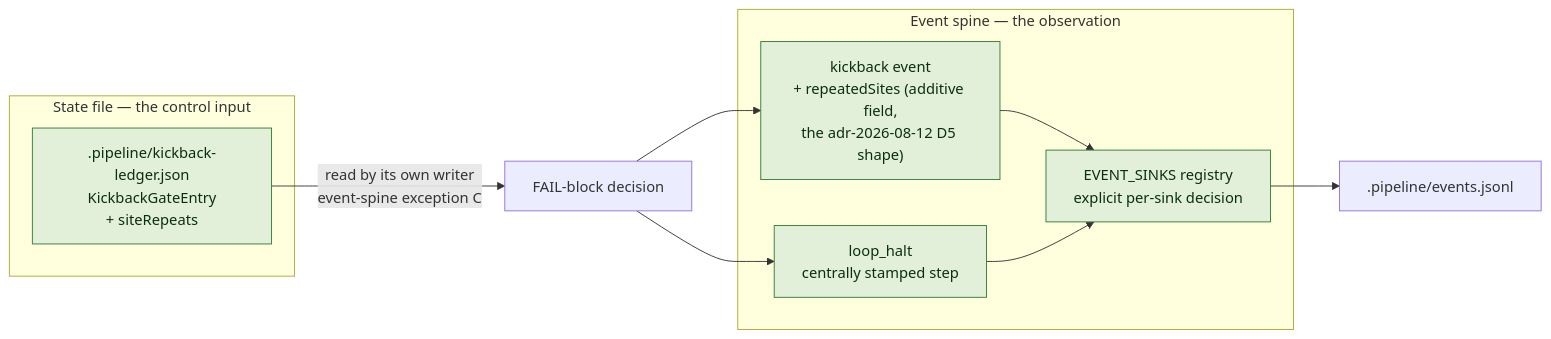
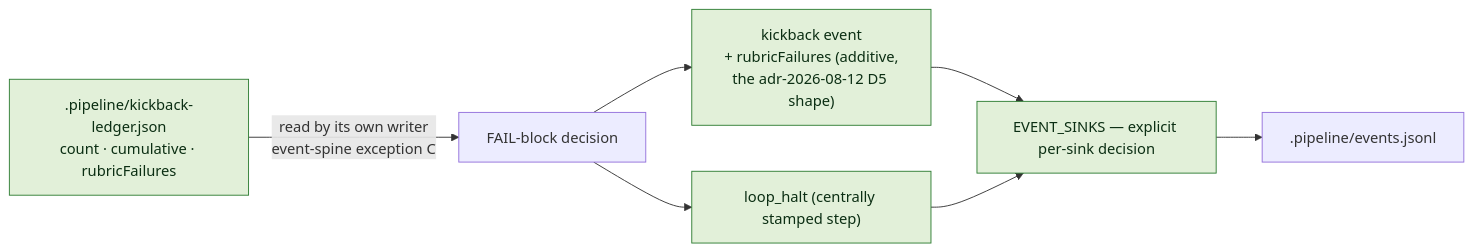
Before and after one commit to jstoup111/ai-conductor: the fourth of 4 diagrams in .docs/architecture/the-engine-cannot-detect-its-own-spinning-operator.md, drawn with Mermaid. The commit also changed other lines of this file and 9 other files, not shown here.

First line of the commit message:
spec: re-key the build_review spin bound from site to rubric on measured evidence

````diff
--- a/.docs/architecture/the-engine-cannot-detect-its-own-spinning-operator.md
+++ b/.docs/architecture/the-engine-cannot-detect-its-own-spinning-operator.md
@@ -136,20 +126,17 @@
 ```mermaid
 graph LR
-  subgraph SF["State file — the control input"]
-    LEDG[".pipeline/kickback-ledger.json<br/>KickbackGateEntry<br/>+ siteRepeats"]
-  end
+  LEDG[".pipeline/kickback-ledger.json<br/>count · cumulative · rubricFailures"]
+  DEC["FAIL-block decision"]
+  KB["kickback event<br/>+ rubricFailures (additive,<br/>the adr-2026-08-12 D5 shape)"]
+  LH["loop_halt (centrally stamped step)"]
+  SINK["EVENT_SINKS — explicit per-sink decision"]
+  JSONL[".pipeline/events.jsonl"]
 
-  subgraph BUS["Event spine — the observation"]
-    KB["kickback event<br/>+ repeatedSites (additive field,<br/>the adr-2026-08-12 D5 shape)"]
-    LH["loop_halt<br/>centrally stamped step"]
-    SINK["EVENT_SINKS registry<br/>explicit per-sink decision"]
-  end
-
-  LEDG -->|"read by its own writer<br/>event-spine exception C"| DEC["FAIL-block decision"]
+  LEDG -->|"read by its own writer<br/>event-spine exception C"| DEC
   DEC --> KB --> SINK
   DEC --> LH --> SINK
-  SINK --> JSONL[".pipeline/events.jsonl"]
+  SINK --> JSONL
 
   classDef ok fill:#e2f0d9,stroke:#2e7d32,color:#0b2e13;
   class LEDG,KB,LH,SINK ok;
 ```
````
